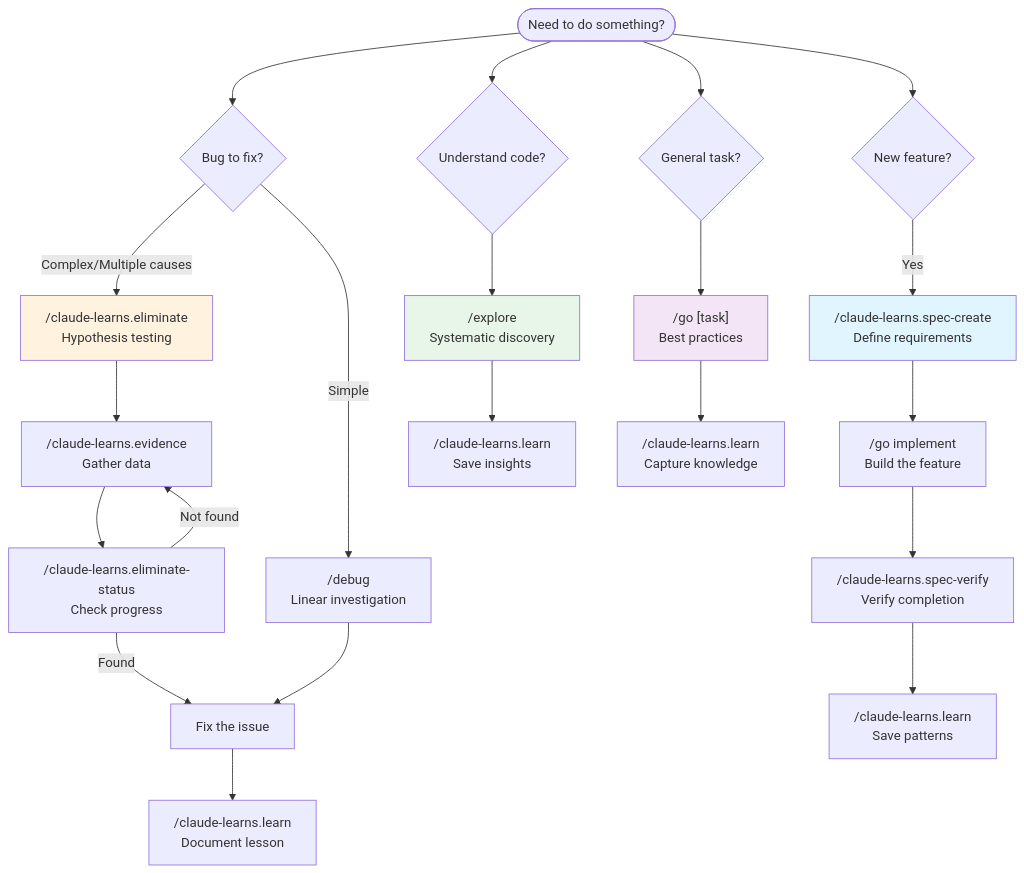
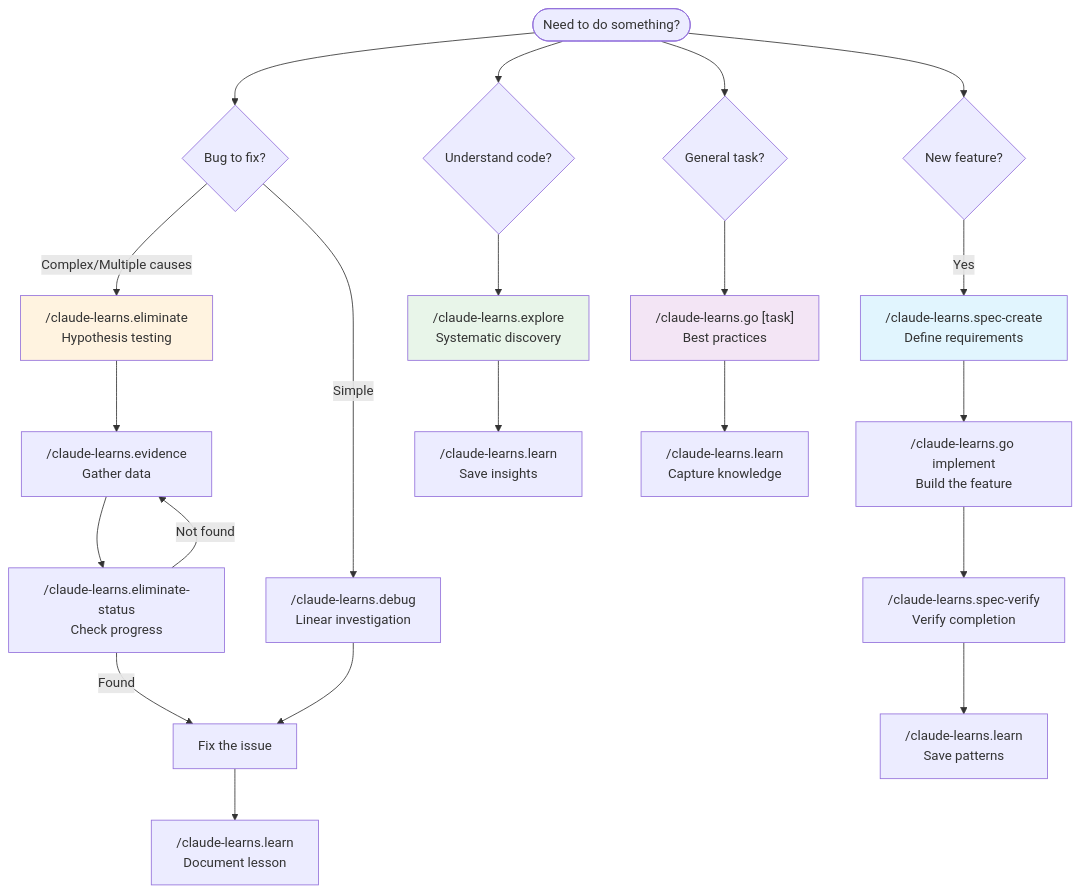
Before and after one commit to danielcbright/claude-learns: the second of 2 diagrams in README.md, drawn with Mermaid. The commit also changed other lines of this file and 24 other files, not shown here.

First line of the commit message:
Rename generic commands to claude-learns.* prefix for consistency

````diff
--- a/README.md
+++ b/README.md
@@ -73,35 +73,35 @@
 ```mermaid
 flowchart TD
     START([Need to do something?])
 
     START --> FEAT{New feature?}
     START --> BUG{Bug to fix?}
     START --> EXPLORE{Understand code?}
     START --> TASK{General task?}
 
     FEAT -->|Yes| SPECCREATE["/claude-learns.spec-create<br/>Define requirements"]
-    SPECCREATE --> GO1["/go implement<br/>Build the feature"]
+    SPECCREATE --> GO1["/claude-learns.go implement<br/>Build the feature"]
     GO1 --> SPECVERIFY["/claude-learns.spec-verify<br/>Verify completion"]
 
-    BUG -->|Simple| DEBUG["/debug<br/>Linear investigation"]
+    BUG -->|Simple| DEBUG["/claude-learns.debug<br/>Linear investigation"]
     BUG -->|Complex/Multiple causes| ELIM["/claude-learns.eliminate<br/>Hypothesis testing"]
     ELIM --> EVIDENCE["/claude-learns.evidence<br/>Gather data"]
     EVIDENCE --> STATUS["/claude-learns.eliminate-status<br/>Check progress"]
     STATUS -->|Not found| EVIDENCE
     STATUS -->|Found| FIX[Fix the issue]
 
-    EXPLORE --> EXP["/explore<br/>Systematic discovery"]
+    EXPLORE --> EXP["/claude-learns.explore<br/>Systematic discovery"]
     EXP --> LEARN1["/claude-learns.learn<br/>Save insights"]
 
-    TASK --> GO2["/go [task]<br/>Best practices"]
+    TASK --> GO2["/claude-learns.go [task]<br/>Best practices"]
     GO2 --> LEARN2["/claude-learns.learn<br/>Capture knowledge"]
 
     DEBUG --> FIX
     FIX --> LEARN3["/claude-learns.learn<br/>Document lesson"]
     SPECVERIFY --> LEARN4["/claude-learns.learn<br/>Save patterns"]
 
     style SPECCREATE fill:#e1f5fe
     style ELIM fill:#fff3e0
     style EXP fill:#e8f5e9
     style GO2 fill:#f3e5f5
 ```
````
